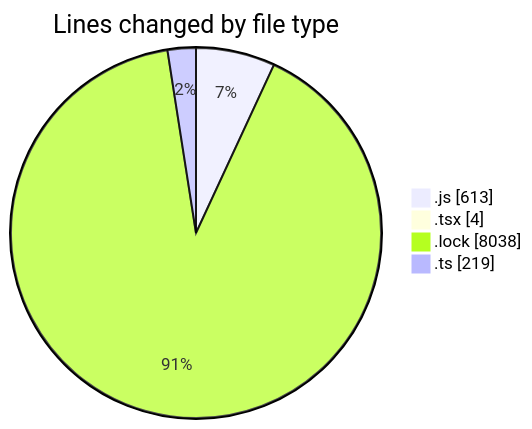
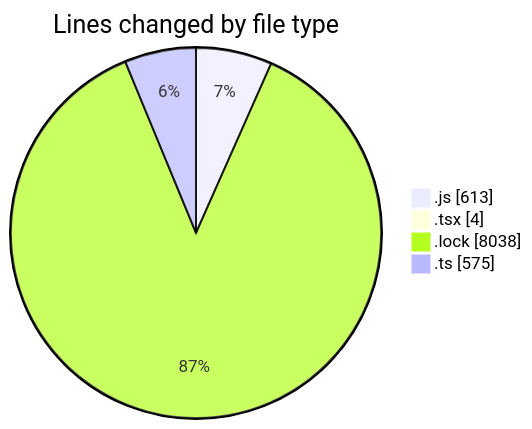
One commit to momahboobian/code-tracking changed the first of 2 diagrams in 2025-03-11/cda/README.md. Above: the diagram before and after it, drawn with Mermaid. The commit also changed other lines of this file and 1 other file, not shown here.

````diff
--- a/2025-03-11/cda/README.md
+++ b/2025-03-11/cda/README.md
@@ -31,8 +34,8 @@
 ```mermaid
 pie showData
 title Lines changed by file type
 ".js" : 613
 ".tsx" : 4
 ".lock" : 8038
-".ts" : 219
+".ts" : 575
 ```
````
